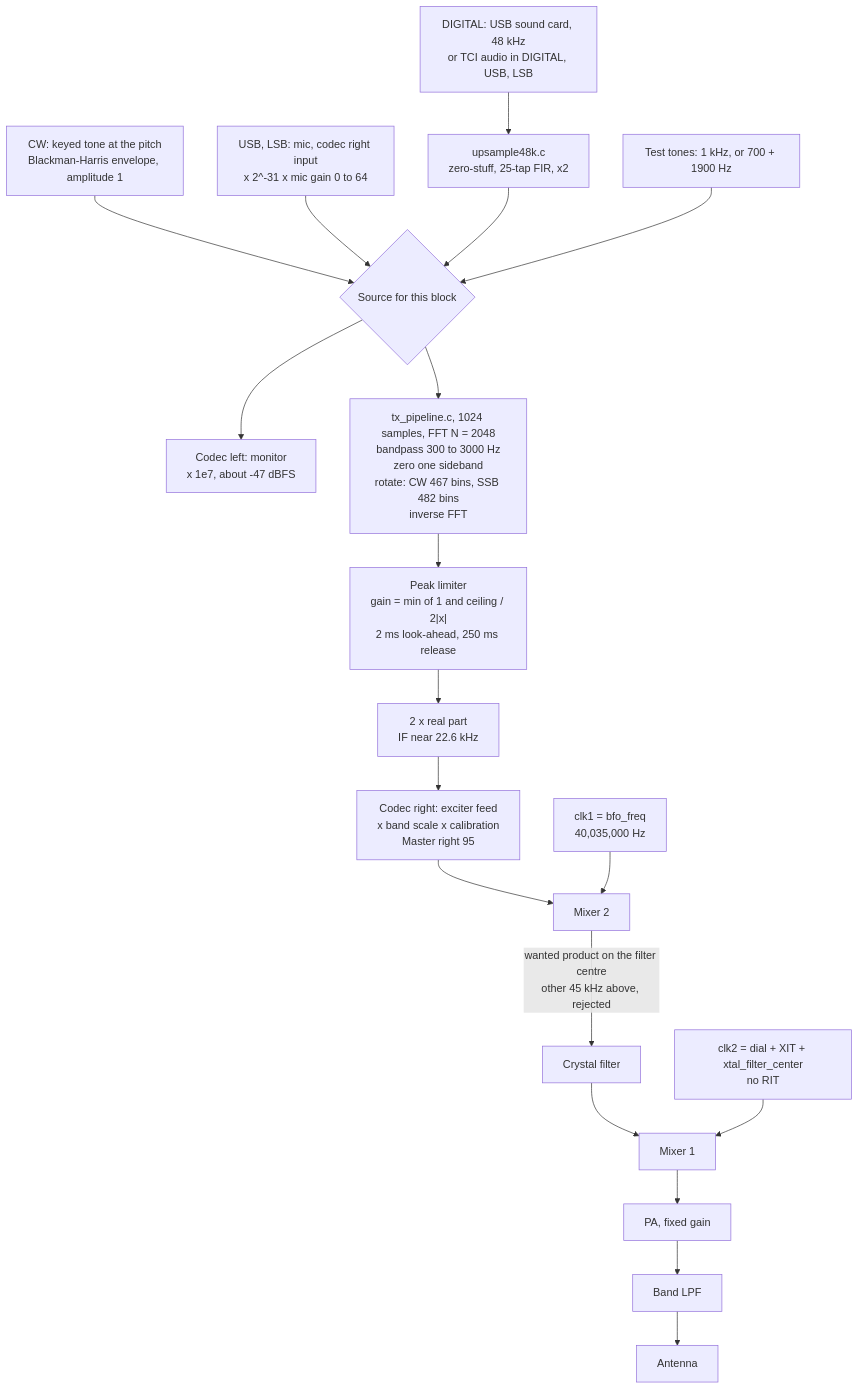
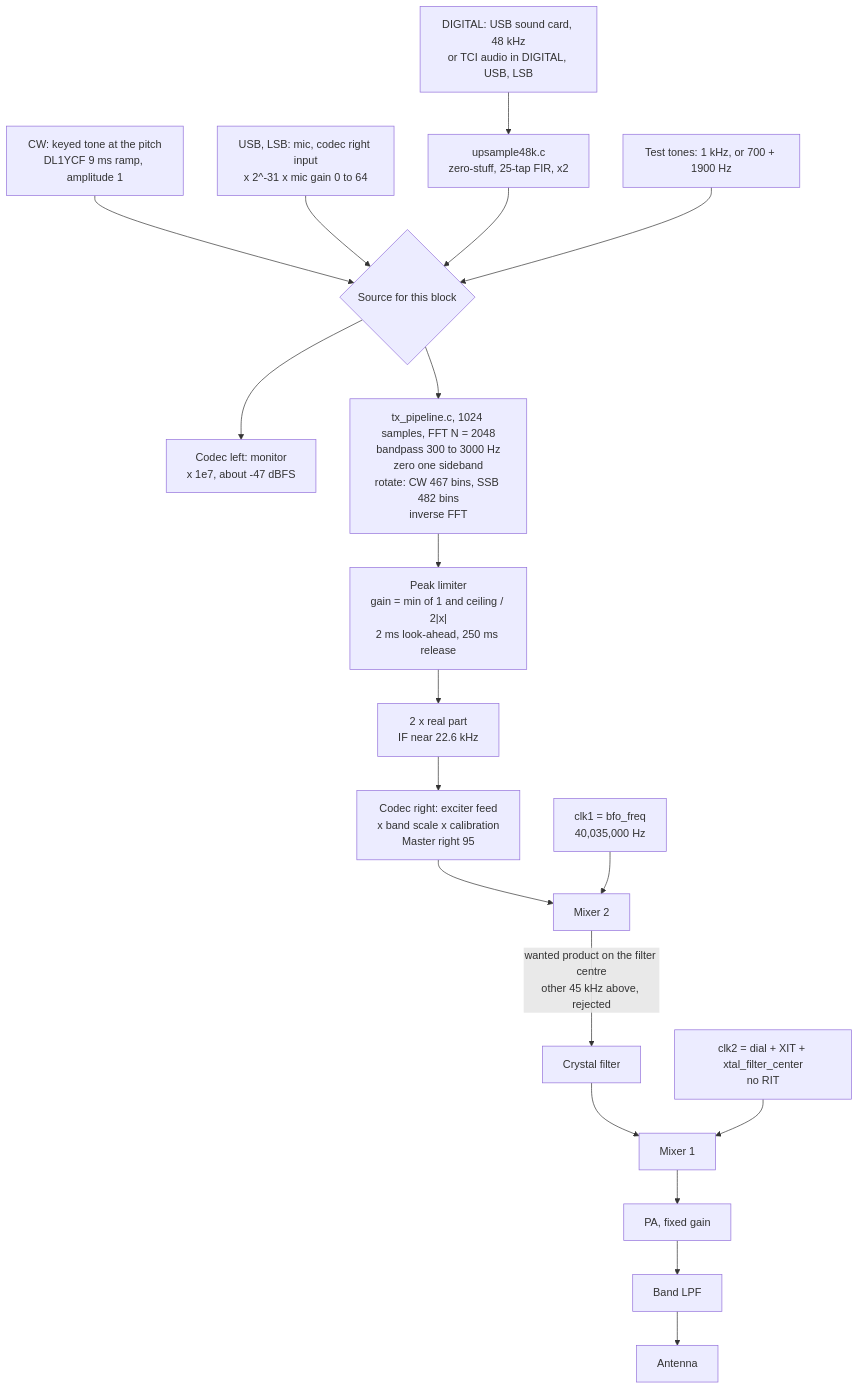
Before and after one commit to MikeJohnshoy/maxibitx: the fourth of 4 diagrams in docs/00_intro.md, drawn with Mermaid. The commit also changed other lines of this file, not shown here.

First line of the commit message:
Revise CW keying envelope and compliance details

````diff
--- a/docs/00_intro.md
+++ b/docs/00_intro.md
@@ -920,18 +924,18 @@
 ```mermaid
 flowchart TD
-    CW["CW: keyed tone at the pitch<br/>Blackman-Harris envelope, amplitude 1"] --> SRC{"Source for this block"}
+    CW["CW: keyed tone at the pitch<br/>DL1YCF 9 ms ramp, amplitude 1"] --> SRC{"Source for this block"}
     MIC["USB, LSB: mic, codec right input<br/>x 2^-31 x mic gain 0 to 64"] --> SRC
     DIG["DIGITAL: USB sound card, 48 kHz<br/>or TCI audio in DIGITAL, USB, LSB"] --> UP["upsample48k.c<br/>zero-stuff, 25-tap FIR, x2"] --> SRC
     TONE["Test tones: 1 kHz, or 700 + 1900 Hz"] --> SRC
     SRC --> MON["Codec left: monitor<br/>x 1e7, about -47 dBFS"]
     SRC --> PIPE["tx_pipeline.c, 1024 samples, FFT N = 2048<br/>bandpass 300 to 3000 Hz<br/>zero one sideband<br/>rotate: CW 467 bins, SSB 482 bins<br/>inverse FFT"]
     PIPE --> ALC["Peak limiter<br/>gain = min of 1 and ceiling / 2|x|<br/>2 ms look-ahead, 250 ms release"]
     ALC --> RE["2 x real part<br/>IF near 22.6 kHz"]
     RE --> DAC["Codec right: exciter feed<br/>x band scale x calibration<br/>Master right 95"]
     DAC --> M2["Mixer 2"]
     BFO["clk1 = bfo_freq<br/>40,035,000 Hz"] --> M2
     M2 -->|"wanted product on the filter centre<br/>other 45 kHz above, rejected"| XF["Crystal filter"]
     XF --> M1["Mixer 1"]
     CLK2["clk2 = dial + XIT + xtal_filter_center<br/>no RIT"] --> M1
     M1 --> PA["PA, fixed gain"] --> LPF["Band LPF"] --> ANT["Antenna"]
 ```
````
